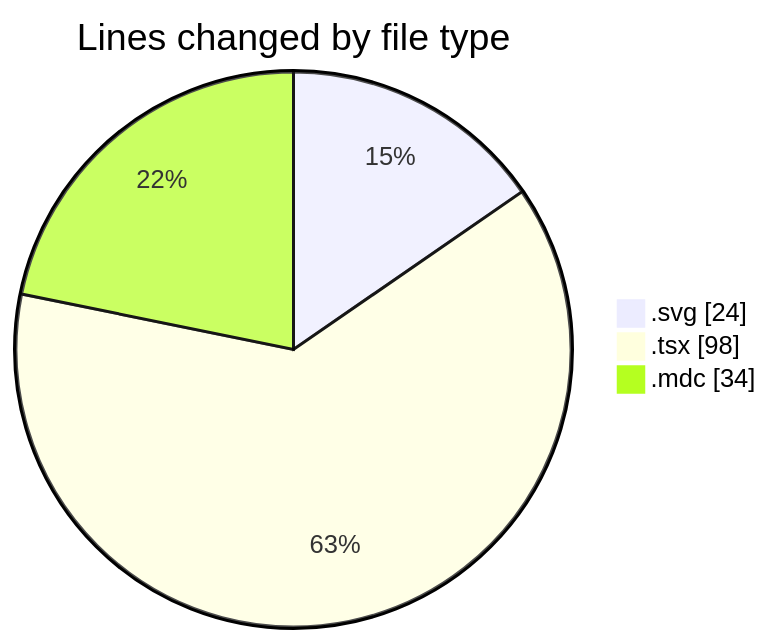
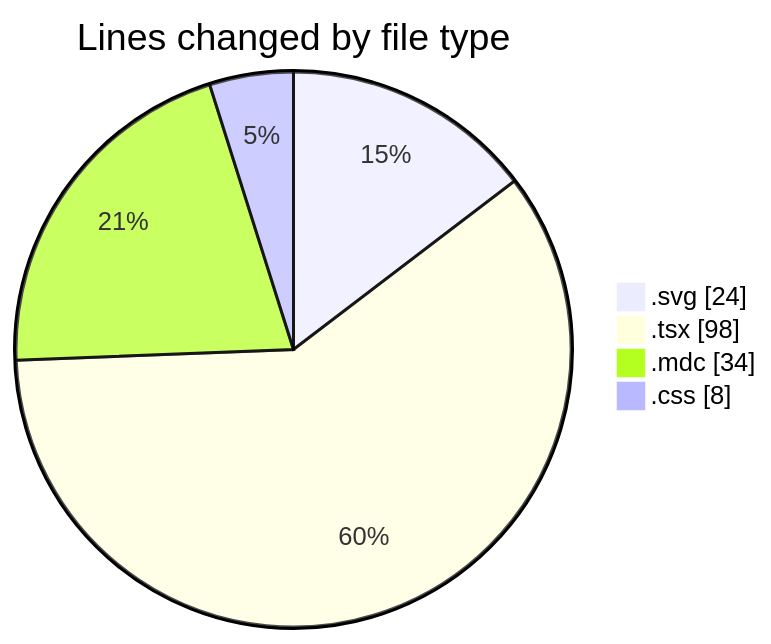
The first of 2 diagrams in 2025-07-18/ribbon/README.md (EIIisD/code-tracking), drawn with Mermaid before and after one commit. The commit also changed other lines of this file and 1 other file, not shown here.

````diff
--- a/2025-07-18/ribbon/README.md
+++ b/2025-07-18/ribbon/README.md
@@ -22,7 +23,8 @@
 ```mermaid
 pie showData
 title Lines changed by file type
 ".svg" : 24
 ".tsx" : 98
 ".mdc" : 34
+".css" : 8
 ```
````
